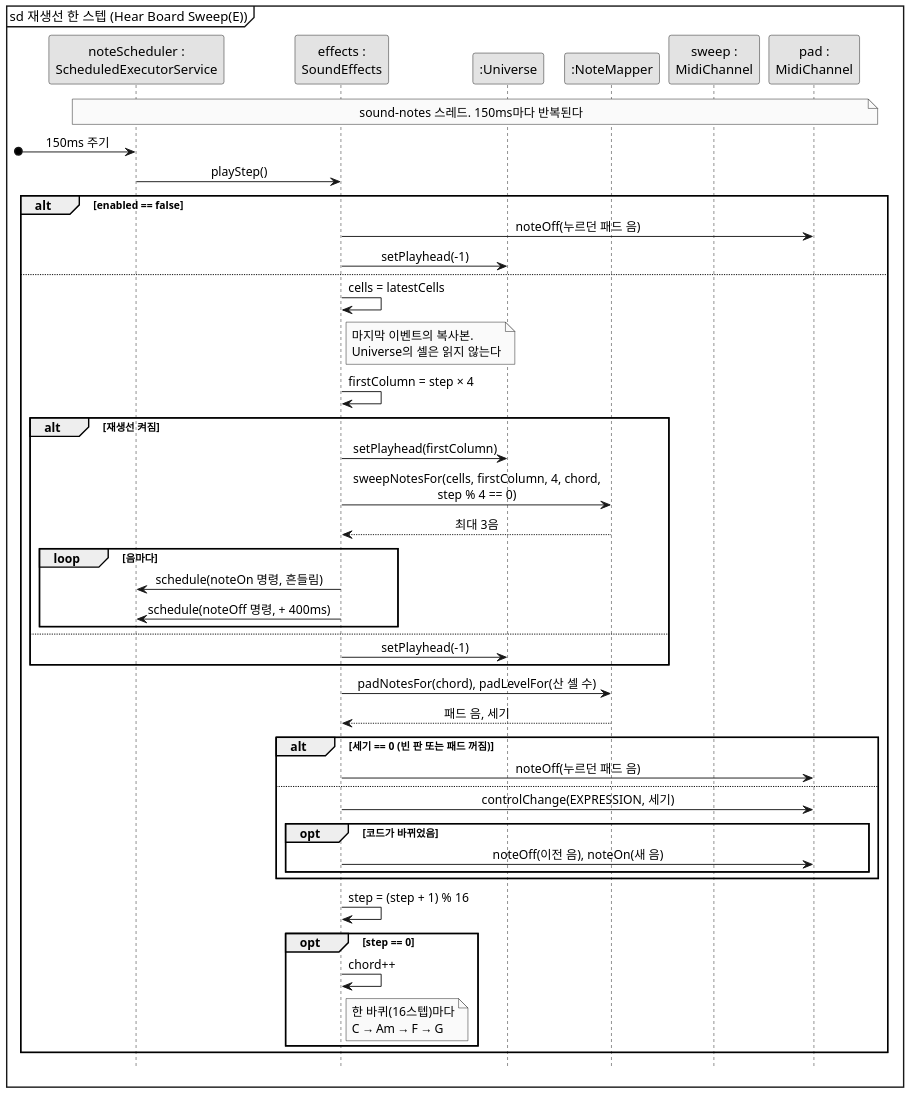
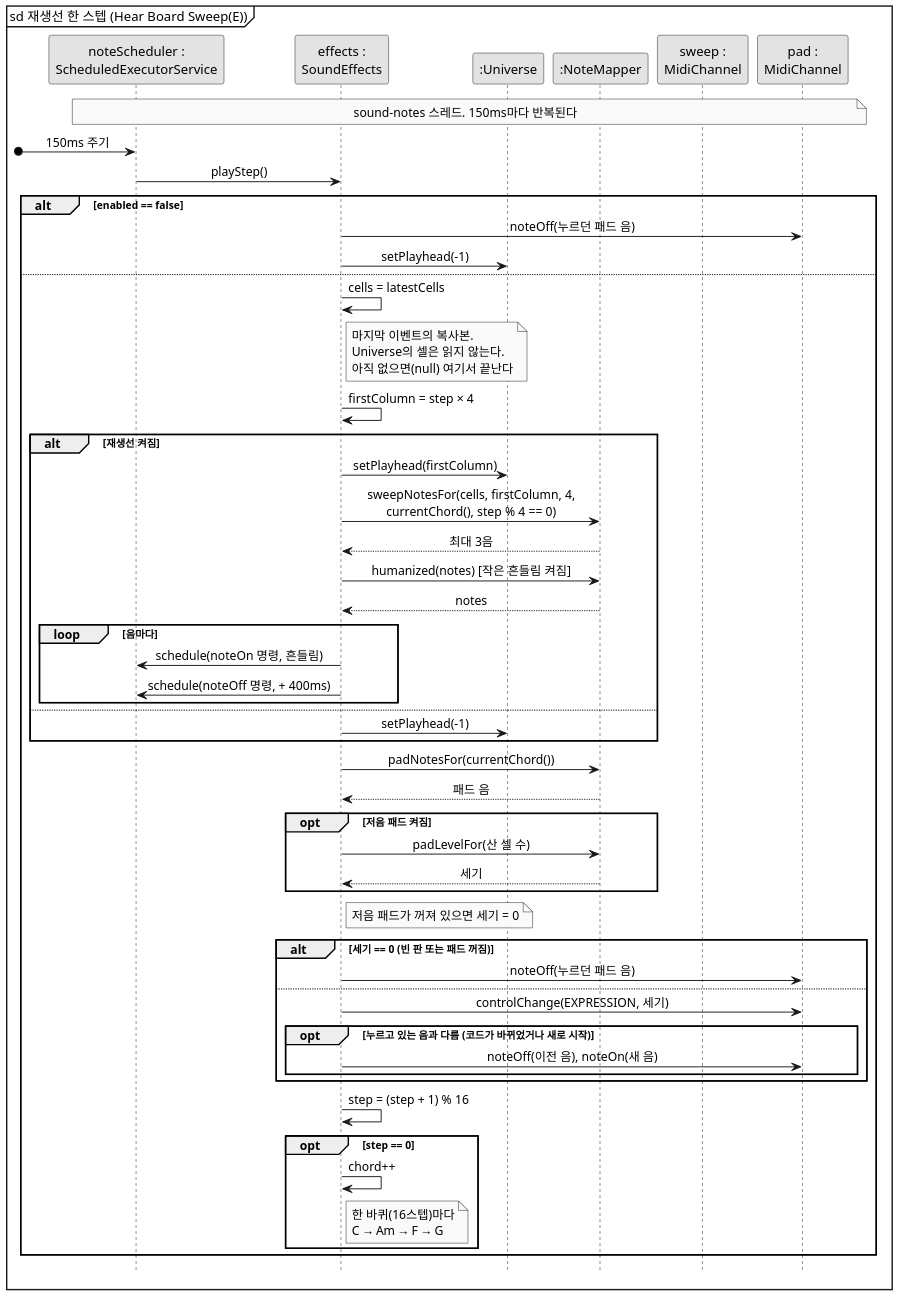
Before and after one commit to mckimR1972/DP_team_project: the diagram in docs/sound-effects/diagram/sd-sweep.puml, drawn with PlantUML. The commit also changed 21 other files, not shown here.

First line of the commit message:
docs(sound): 다이어그램을 표기 통일안과 코드에 맞춤

```diff
--- a/docs/sound-effects/diagram/sd-sweep.puml
+++ b/docs/sound-effects/diagram/sd-sweep.puml
@@ -1,59 +1,66 @@
 @startuml sd-sweep
 skinparam monochrome true
 skinparam dpi 150
 skinparam shadowing false
 skinparam defaultFontName "Malgun Gothic"
 skinparam sequenceMessageAlign center
 hide footbox
 mainframe sd 재생선 한 스텝 (Hear Board Sweep(E))
 
 participant "noteScheduler :\nScheduledExecutorService" as Q
 participant "effects :\nSoundEffects" as S
 participant ":Universe" as U
 participant ":NoteMapper" as NM
 participant "sweep :\nMidiChannel" as SW
 participant "pad :\nMidiChannel" as P
 
 note over Q, P : sound-notes 스레드. 150ms마다 반복된다
 
 [o-> Q : 150ms 주기
 Q -> S : playStep()
 
 alt enabled == false
   S -> P : noteOff(누르던 패드 음)
   S -> U : setPlayhead(-1)
 else
   S -> S : cells = latestCells
-  note right of S : 마지막 이벤트의 복사본.\nUniverse의 셀은 읽지 않는다
+  note right of S : 마지막 이벤트의 복사본.\nUniverse의 셀은 읽지 않는다.\n아직 없으면(null) 여기서 끝난다
   S -> S : firstColumn = step × 4
 
   alt 재생선 켜짐
     S -> U : setPlayhead(firstColumn)
-    S -> NM : sweepNotesFor(cells, firstColumn, 4, chord,\nstep % 4 == 0)
+    S -> NM : sweepNotesFor(cells, firstColumn, 4,\ncurrentChord(), step % 4 == 0)
     NM --> S : 최대 3음
+    S -> NM : humanized(notes) [작은 흔들림 켜짐]
+    NM --> S : notes
     loop 음마다
       S -> Q : schedule(noteOn 명령, 흔들림)
       S -> Q : schedule(noteOff 명령, + 400ms)
     end
   else
     S -> U : setPlayhead(-1)
   end
 
-  S -> NM : padNotesFor(chord), padLevelFor(산 셀 수)
-  NM --> S : 패드 음, 세기
+  S -> NM : padNotesFor(currentChord())
+  NM --> S : 패드 음
+  opt 저음 패드 켜짐
+    S -> NM : padLevelFor(산 셀 수)
+    NM --> S : 세기
+  end
+  note right of S : 저음 패드가 꺼져 있으면 세기 = 0
   alt 세기 == 0 (빈 판 또는 패드 꺼짐)
     S -> P : noteOff(누르던 패드 음)
   else
     S -> P : controlChange(EXPRESSION, 세기)
-    opt 코드가 바뀌었음
+    opt 누르고 있는 음과 다름 (코드가 바뀌었거나 새로 시작)
       S -> P : noteOff(이전 음), noteOn(새 음)
     end
   end
 
   S -> S : step = (step + 1) % 16
   opt step == 0
     S -> S : chord++
     note right of S : 한 바퀴(16스텝)마다\nC → Am → F → G
   end
 end
 @enduml
```
